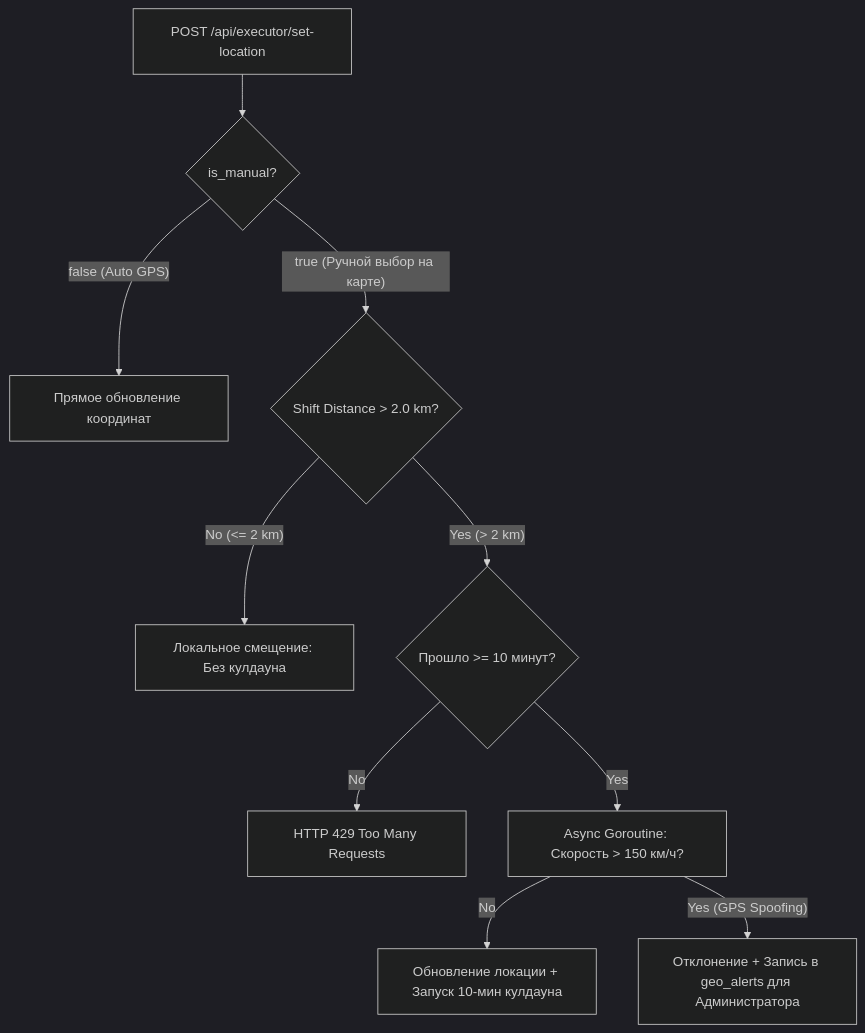
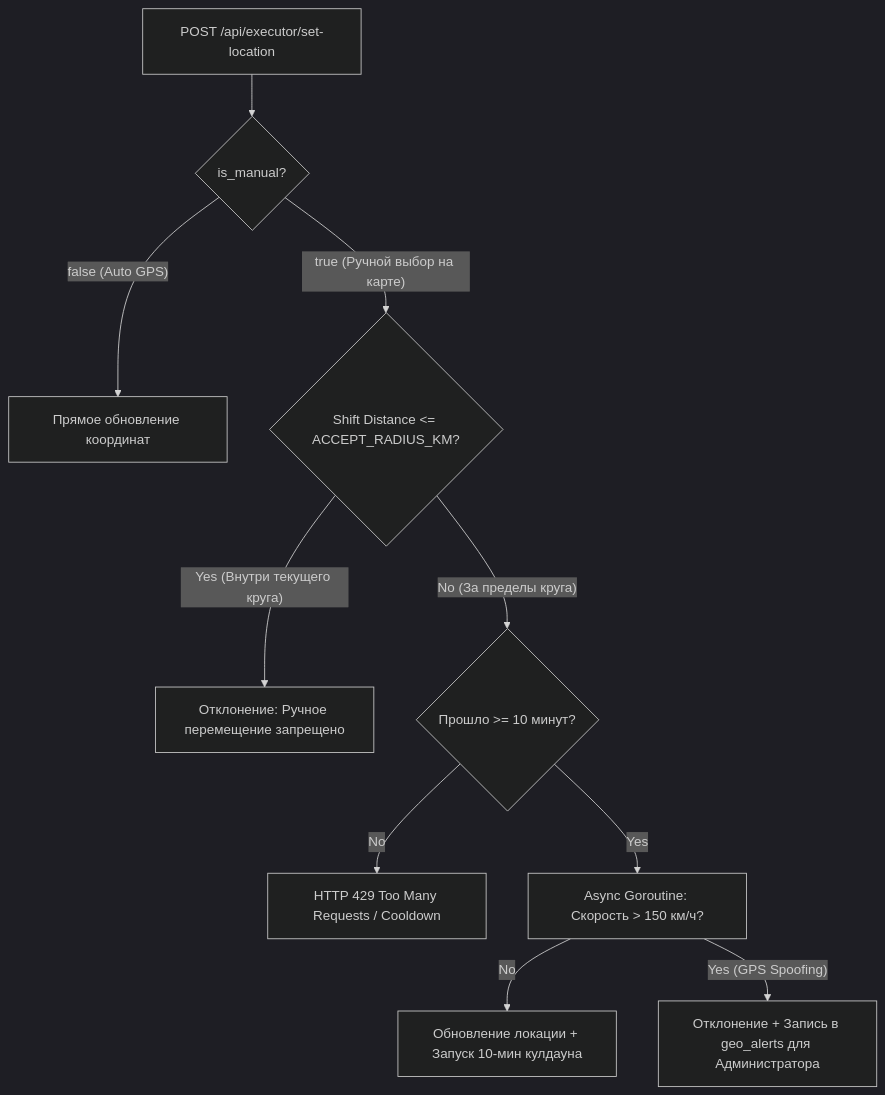
The diagram in doc/executor_map_and_geofencing.md (zubans/trash), drawn with Mermaid (dark theme) before and after one commit. The commit also changed other lines of this file and 14 other files, not shown here.

````diff
--- a/doc/executor_map_and_geofencing.md
+++ b/doc/executor_map_and_geofencing.md
@@ -20,15 +21,15 @@
 ```mermaid
 flowchart TD
     A[POST /api/executor/set-location] --> B{is_manual?}
     B -- false (Auto GPS) --> C[Прямое обновление координат]
-    B -- true (Ручной выбор на карте) --> D{Shift Distance > 2.0 km?}
+    B -- true (Ручной выбор на карте) --> D{Shift Distance <= ACCEPT_RADIUS_KM?}
     
-    D -- No (<= 2 km) --> E[Локальное смещение: Без кулдауна]
-    D -- Yes (> 2 km) --> F{Прошло >= 10 минут?}
+    D -- Yes (Внутри текущего круга) --> E[Отклонение: Ручное перемещение запрещено]
+    D -- No (За пределы круга) --> F{Прошло >= 10 минут?}
     
-    F -- No --> G[HTTP 429 Too Many Requests]
+    F -- No --> G[HTTP 429 Too Many Requests / Cooldown]
     F -- Yes --> H[Async Goroutine: Скорость > 150 км/ч?]
     
     H -- No --> I[Обновление локации + Запуск 10-мин кулдауна]
     H -- Yes (GPS Spoofing) --> J[Отклонение + Запись в geo_alerts для Администратора]
 ```
````
